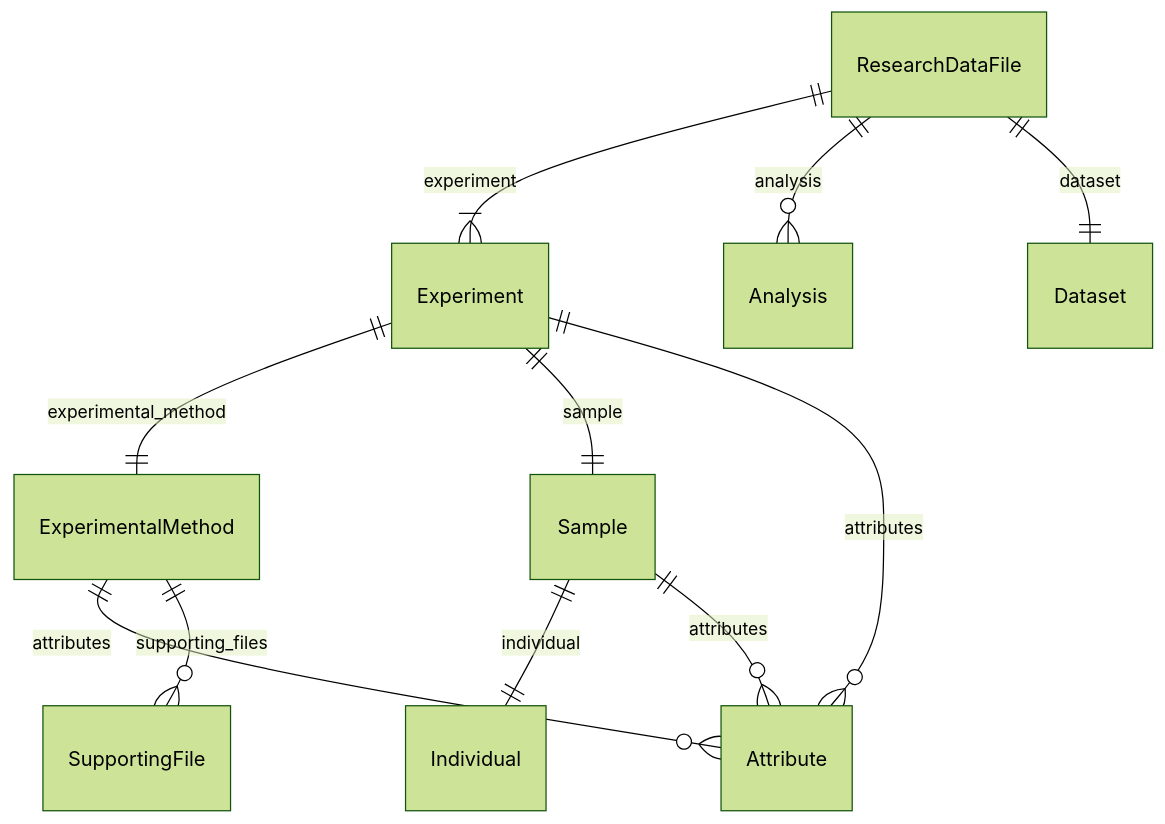
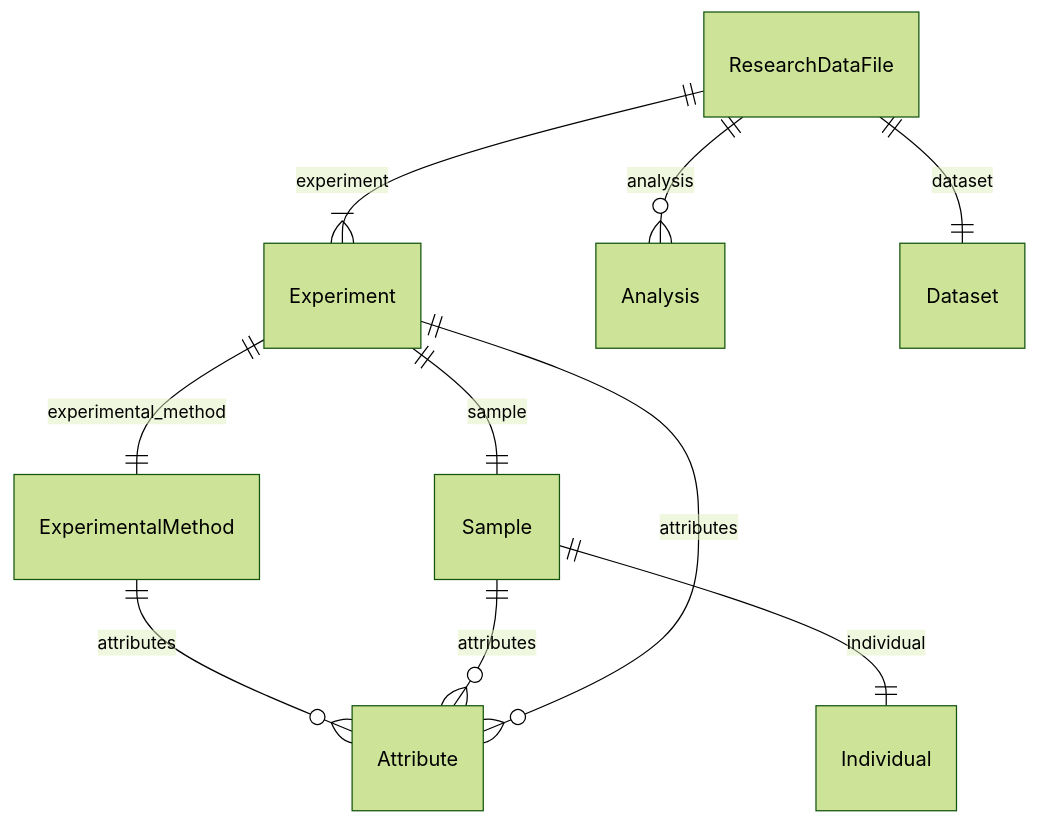
Before and after one commit to ghga-de/ghga-metadata-schema: the third of 5 diagrams in docs/entity_relations.md, drawn with Mermaid (forest theme). The commit also changed other lines of this file and 88 other files, not shown here.

````diff
--- a/docs/entity_relations.md
+++ b/docs/entity_relations.md
@@ -121,27 +133,26 @@
 ```mermaid
 erDiagram
 ExperimentalMethod {
 
 }
 ResearchDataFile {
 
 }
 Sample {
 
 }
 Experiment {
 
 }
 
 ExperimentalMethod ||--}o Attribute : "attributes"
-ExperimentalMethod ||--}o SupportingFile : "supporting_files"
 ResearchDataFile ||--}| Experiment : "experiment"
 ResearchDataFile ||--}o Analysis : "analysis"
 ResearchDataFile ||--|| Dataset : "dataset"
 Sample ||--|| Individual : "individual"
 Sample ||--}o Attribute : "attributes"
 Experiment ||--|| ExperimentalMethod : "experimental_method"
 Experiment ||--|| Sample : "sample"
 Experiment ||--}o Attribute : "attributes"
 
 ```
````
